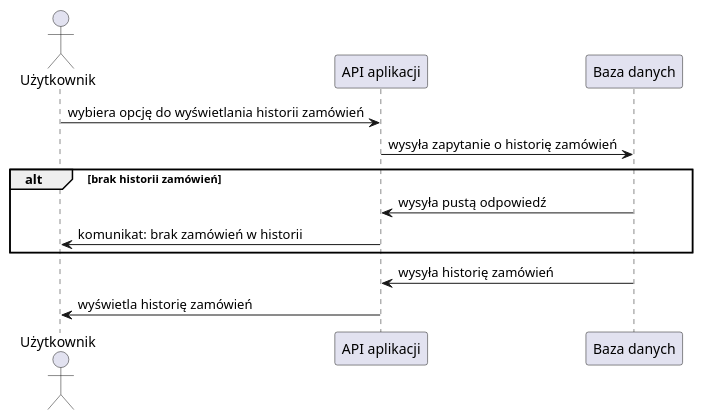
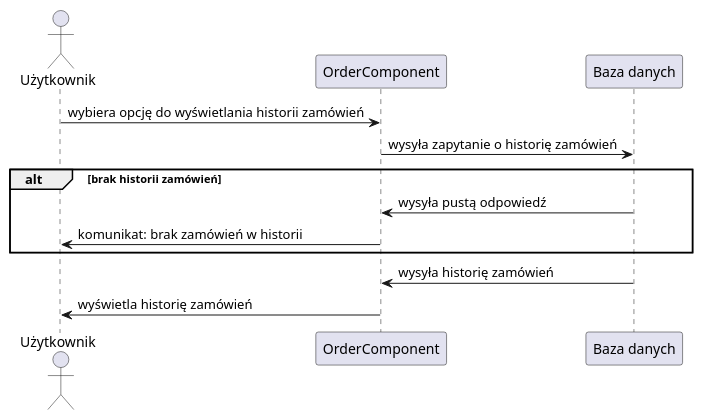
Before and after one commit to amelinium23/food-ordering-and-delivering-service: the diagram in docs/history_sequence.md, drawn with PlantUML. The commit also changed 2 other files, not shown here.

Commit message:
Sequence fixed!

````diff
--- a/docs/history_sequence.md
+++ b/docs/history_sequence.md
@@ -1,17 +1,17 @@
 ```plantuml
 @startuml history
 actor Użytkownik as user
-participant "API aplikacji" as api
+participant "OrderComponent" as api
 participant "Baza danych" as db
 
 
 user -> api : wybiera opcję do wyświetlania historii zamówień
 api -> db : wysyła zapytanie o historię zamówień
 alt brak historii zamówień
     api <- db : wysyła pustą odpowiedź
     user <- api : komunikat: brak zamówień w historii
 end
 api <- db : wysyła historię zamówień
 user <- api : wyświetla historię zamówień
 @enduml
 ```
````
